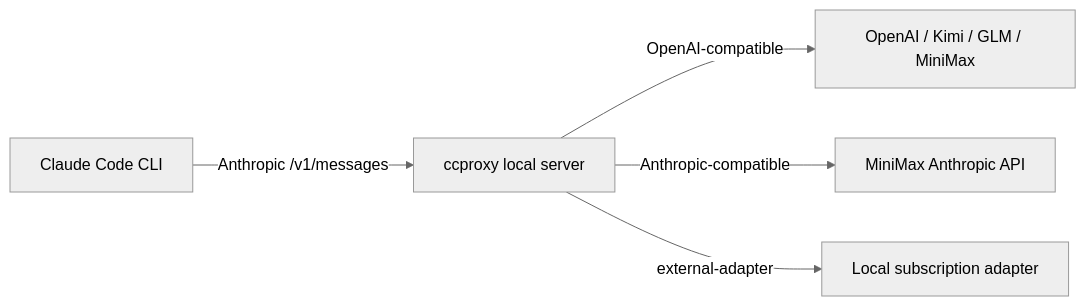
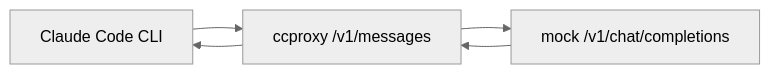
One commit to shuaishuaiZhu-ai/claude-code-proxy changed the diagram in README.md. Above: the diagram before and after it, drawn with Mermaid (neutral theme). The commit also changed other lines of this file and 12 other files, not shown here.

````diff
--- a/README.md
+++ b/README.md
@@ -21,7 +149,7 @@
 ```mermaid
 flowchart LR
-  Claude["Claude Code CLI"] -->|"Anthropic /v1/messages"| Proxy["ccproxy local server"]
-  Proxy -->|"OpenAI-compatible"| Providers["OpenAI / Kimi / GLM / MiniMax"]
-  Proxy -->|"Anthropic-compatible"| MMAnthropic["MiniMax Anthropic API"]
-  Proxy -->|"external-adapter"| Adapter["Local subscription adapter"]
+  Claude["Claude Code CLI"] --> Proxy["ccproxy /v1/messages"]
+  Proxy --> Mock["mock /v1/chat/completions"]
+  Mock --> Proxy
+  Proxy --> Claude
 ```
````
